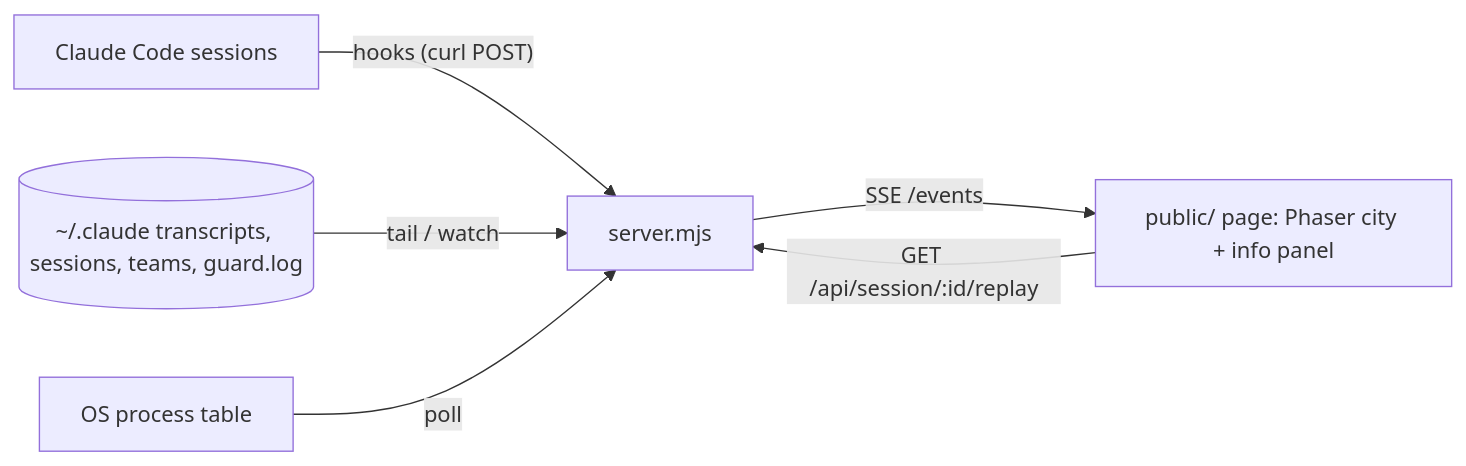
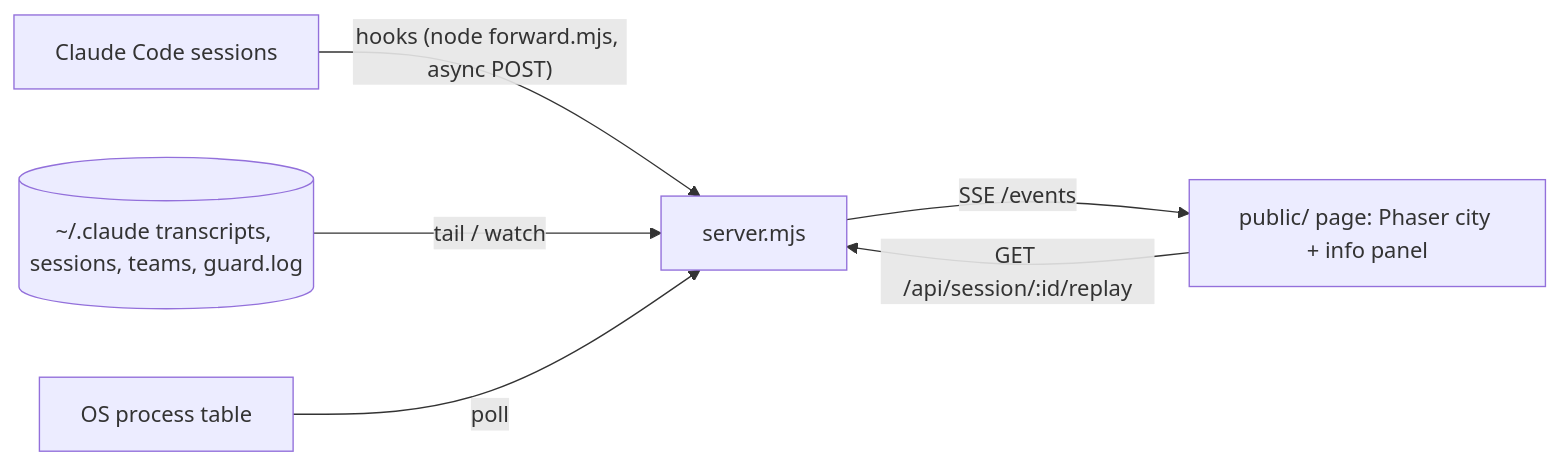
One commit to Magicianhax/cc-monitor changed the diagram in docs/ARCHITECTURE.md. Above: the diagram before and after it, drawn with Mermaid. The commit also changed other lines of this file and 32 other files, not shown here.

First line of the commit message:
feat: install as a Claude Code plugin (cc-city@claude-city); rename to claude-city

````diff
--- a/docs/ARCHITECTURE.md
+++ b/docs/ARCHITECTURE.md
@@ -5,8 +5,8 @@
 ```mermaid
 flowchart LR
-  cc[Claude Code sessions] -- hooks (curl POST) --> srv[server.mjs]
+  cc[Claude Code sessions] -- hooks (node forward.mjs, async POST) --> srv[server.mjs]
   home[(~/.claude transcripts, sessions, teams, guard.log)] -- tail / watch --> srv
   os[OS process table] -- poll --> srv
   srv -- SSE /events --> page[public/ page: Phaser city + info panel]
   page -- GET /api/session/:id/replay --> srv
 ```
````
